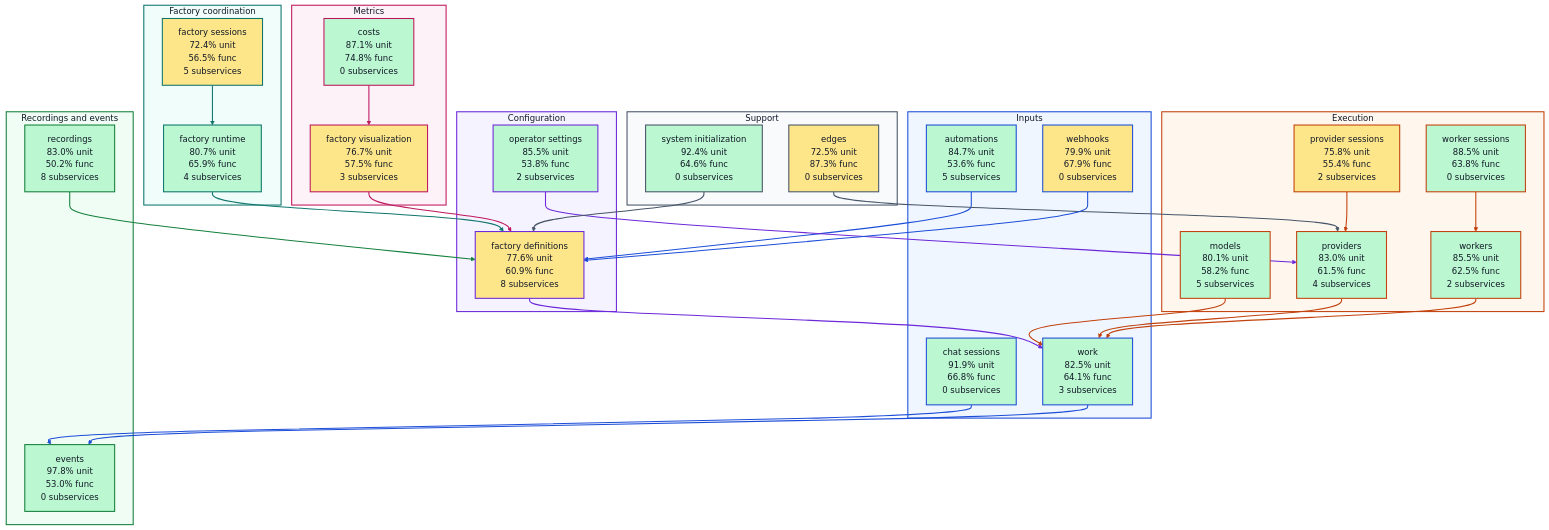
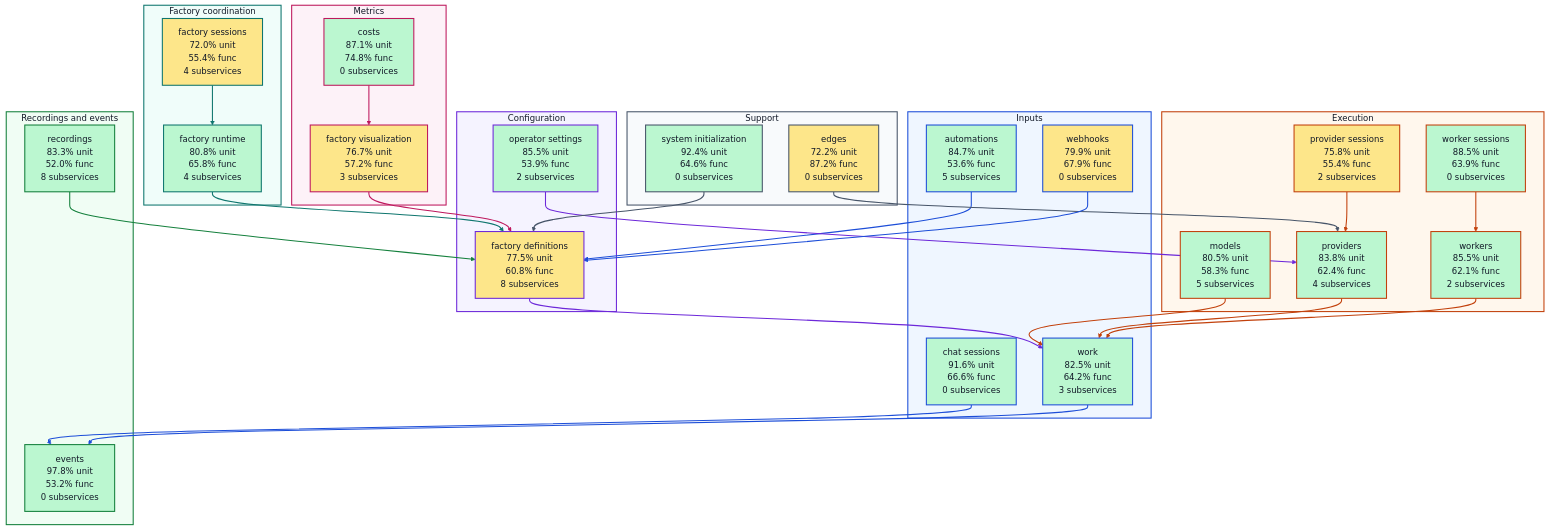
One commit to portpowered/you-agent-factory changed the diagram in docs/architecture/visualizations/high-level-test-coverage.md. Above: the diagram before and after it, drawn with Mermaid. The commit also changed other lines of this file and 20 other files, not shown here.

Commit message:
docs: refresh backend architecture visualizations

```diff
--- a/docs/architecture/visualizations/high-level-test-coverage.md
+++ b/docs/architecture/visualizations/high-level-test-coverage.md
@@ -12,35 +12,35 @@
 flowchart TB
   subgraph input["Inputs"]
     s_services_automations["automations<br/>84.7% unit<br/>53.6% func<br/>5 subservices"]
-    s_services_chat_sessions["chat sessions<br/>91.9% unit<br/>66.8% func<br/>0 subservices"]
+    s_services_chat_sessions["chat sessions<br/>91.6% unit<br/>66.6% func<br/>0 subservices"]
     s_services_webhooks["webhooks<br/>79.9% unit<br/>67.9% func<br/>0 subservices"]
-    s_services_work["work<br/>82.5% unit<br/>64.1% func<br/>3 subservices"]
+    s_services_work["work<br/>82.5% unit<br/>64.2% func<br/>3 subservices"]
   end
   subgraph configuration["Configuration"]
-    s_services_factory_definitions["factory definitions<br/>77.6% unit<br/>60.9% func<br/>8 subservices"]
-    s_services_operator_settings["operator settings<br/>85.5% unit<br/>53.8% func<br/>2 subservices"]
+    s_services_factory_definitions["factory definitions<br/>77.5% unit<br/>60.8% func<br/>8 subservices"]
+    s_services_operator_settings["operator settings<br/>85.5% unit<br/>53.9% func<br/>2 subservices"]
   end
   subgraph coordination["Factory coordination"]
-    s_services_factory_runtime["factory runtime<br/>80.7% unit<br/>65.9% func<br/>4 subservices"]
-    s_services_factory_sessions["factory sessions<br/>72.4% unit<br/>56.5% func<br/>5 subservices"]
+    s_services_factory_runtime["factory runtime<br/>80.8% unit<br/>65.8% func<br/>4 subservices"]
+    s_services_factory_sessions["factory sessions<br/>72.0% unit<br/>55.4% func<br/>4 subservices"]
   end
   subgraph execution["Execution"]
-    s_services_models["models<br/>80.1% unit<br/>58.2% func<br/>5 subservices"]
+    s_services_models["models<br/>80.5% unit<br/>58.3% func<br/>5 subservices"]
     s_services_provider_sessions["provider sessions<br/>75.8% unit<br/>55.4% func<br/>2 subservices"]
-    s_services_providers["providers<br/>83.0% unit<br/>61.5% func<br/>4 subservices"]
-    s_services_worker_sessions["worker sessions<br/>88.5% unit<br/>63.8% func<br/>0 subservices"]
-    s_services_workers["workers<br/>85.5% unit<br/>62.5% func<br/>2 subservices"]
+    s_services_providers["providers<br/>83.8% unit<br/>62.4% func<br/>4 subservices"]
+    s_services_worker_sessions["worker sessions<br/>88.5% unit<br/>63.9% func<br/>0 subservices"]
+    s_services_workers["workers<br/>85.5% unit<br/>62.1% func<br/>2 subservices"]
   end
   subgraph recordings["Recordings and events"]
-    s_services_events["events<br/>97.8% unit<br/>53.0% func<br/>0 subservices"]
-    s_services_recordings["recordings<br/>83.0% unit<br/>50.2% func<br/>8 subservices"]
+    s_services_events["events<br/>97.8% unit<br/>53.2% func<br/>0 subservices"]
+    s_services_recordings["recordings<br/>83.3% unit<br/>52.0% func<br/>8 subservices"]
   end
   subgraph metrics["Metrics"]
     s_services_costs["costs<br/>87.1% unit<br/>74.8% func<br/>0 subservices"]
-    s_services_factory_visualization["factory visualization<br/>76.7% unit<br/>57.5% func<br/>3 subservices"]
+    s_services_factory_visualization["factory visualization<br/>76.7% unit<br/>57.2% func<br/>3 subservices"]
   end
   subgraph support["Support"]
-    s_services_edges["edges<br/>72.5% unit<br/>87.3% func<br/>0 subservices"]
+    s_services_edges["edges<br/>72.2% unit<br/>87.2% func<br/>0 subservices"]
     s_services_system_initialization["system initialization<br/>92.4% unit<br/>64.6% func<br/>0 subservices"]
   end
   s_services_automations --> s_services_factory_definitions
```
